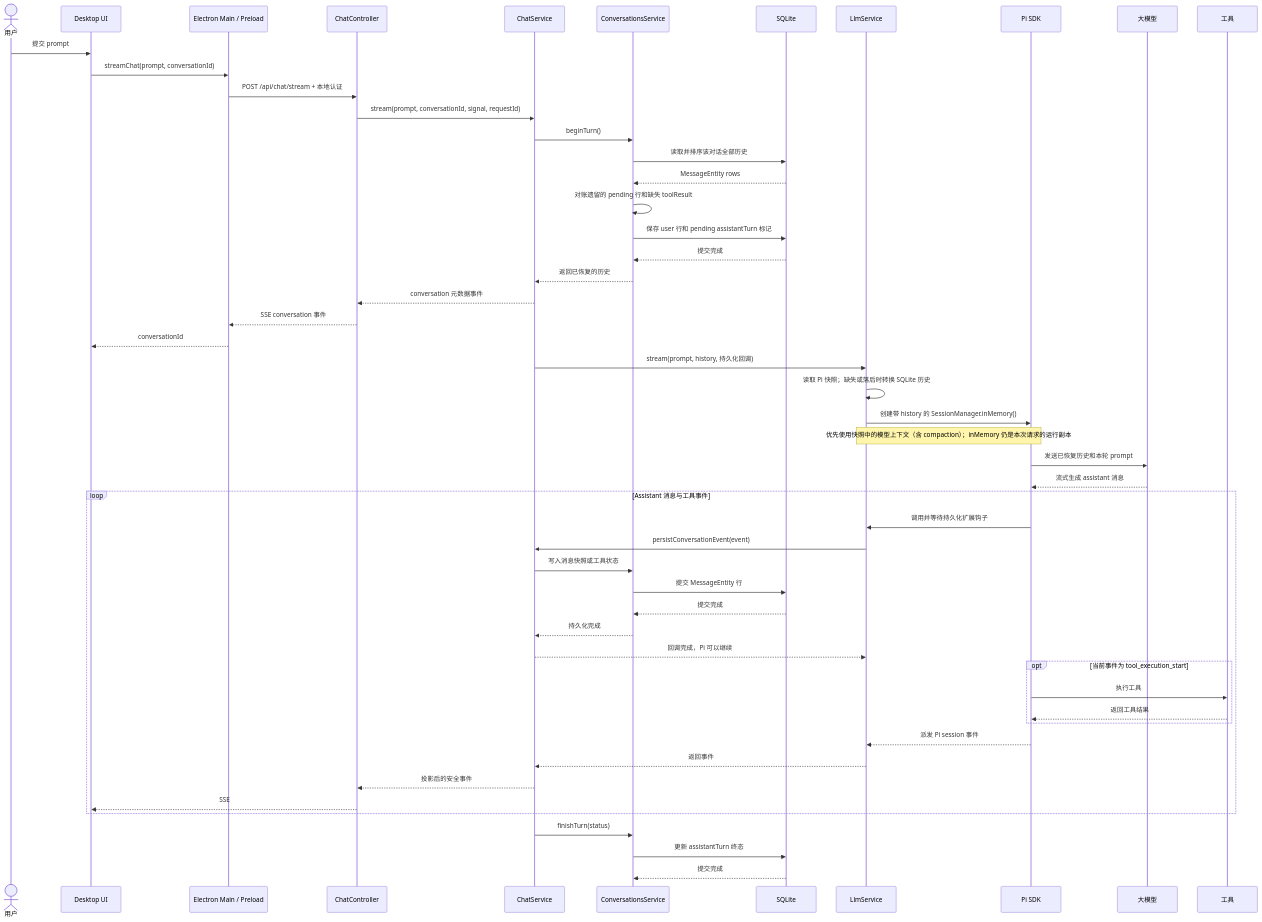
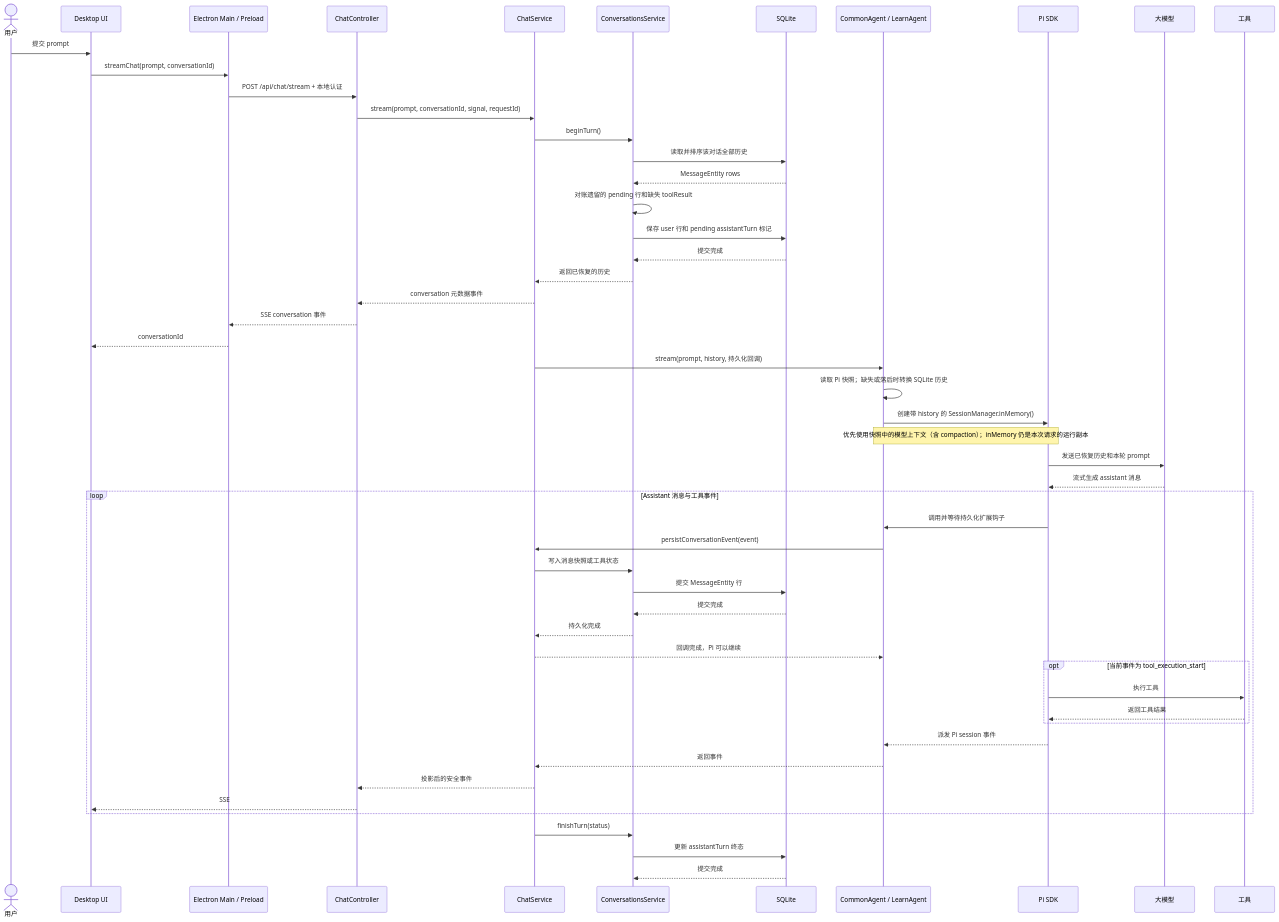
The diagram in docs/current/platform/agent-runtime.md (yuchentime/tech-forge), drawn with Mermaid before and after one commit. The commit also changed other lines of this file and 36 other files, not shown here.

First line of the commit message:
重构模型调用：拆分 CommonAgent 与 LearnAgent

````diff
--- a/docs/current/platform/agent-runtime.md
+++ b/docs/current/platform/agent-runtime.md
@@ -60,58 +60,58 @@
 ```mermaid
 sequenceDiagram
     actor User as 用户
     participant UI as Desktop UI
     participant Main as Electron Main / Preload
     participant HTTP as ChatController
     participant Chat as ChatService
     participant Conv as ConversationsService
     participant DB as SQLite
-    participant LLM as LlmService
+    participant LLM as CommonAgent / LearnAgent
     participant Pi as Pi SDK
     participant Model as 大模型
     participant Tool as 工具
 
     User->>UI: 提交 prompt
     UI->>Main: streamChat(prompt, conversationId)
     Main->>HTTP: POST /api/chat/stream + 本地认证
     HTTP->>Chat: stream(prompt, conversationId, signal, requestId)
     Chat->>Conv: beginTurn()
     Conv->>DB: 读取并排序该对话全部历史
     DB-->>Conv: MessageEntity rows
     Conv->>Conv: 对账遗留的 pending 行和缺失 toolResult
     Conv->>DB: 保存 user 行和 pending assistantTurn 标记
     DB-->>Conv: 提交完成
     Conv-->>Chat: 返回已恢复的历史
     Chat-->>HTTP: conversation 元数据事件
     HTTP-->>Main: SSE conversation 事件
     Main-->>UI: conversationId
 
     Chat->>LLM: stream(prompt, history, 持久化回调)
     LLM->>LLM: 读取 Pi 快照；缺失或落后时转换 SQLite 历史
     LLM->>Pi: 创建带 history 的 SessionManager.inMemory()
     Note over LLM,Pi: 优先使用快照中的模型上下文（含 compaction）；inMemory 仍是本次请求的运行副本
     Pi->>Model: 发送已恢复历史和本轮 prompt
     Model-->>Pi: 流式生成 assistant 消息
 
     loop Assistant 消息与工具事件
         Pi->>LLM: 调用并等待持久化扩展钩子
         LLM->>Chat: persistConversationEvent(event)
         Chat->>Conv: 写入消息快照或工具状态
         Conv->>DB: 提交 MessageEntity 行
         DB-->>Conv: 提交完成
         Conv-->>Chat: 持久化完成
         Chat-->>LLM: 回调完成，Pi 可以继续
         opt 当前事件为 tool_execution_start
             Pi->>Tool: 执行工具
             Tool-->>Pi: 返回工具结果
         end
         Pi-->>LLM: 派发 Pi session 事件
         LLM-->>Chat: 返回事件
         Chat-->>HTTP: 投影后的安全事件
         HTTP-->>UI: SSE
     end
 
     Chat->>Conv: finishTurn(status)
     Conv->>DB: 更新 assistantTurn 终态
     DB-->>Conv: 提交完成
 ```
````
